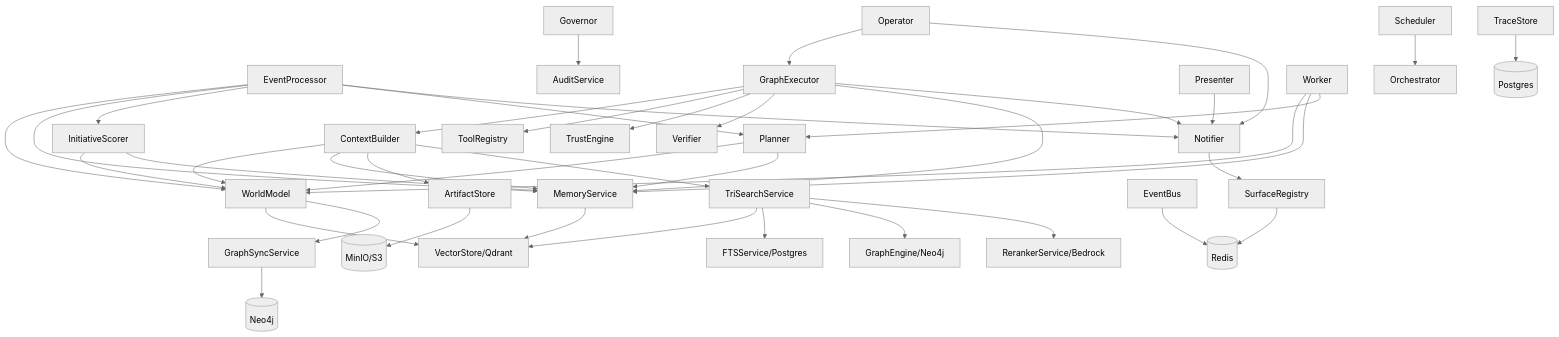
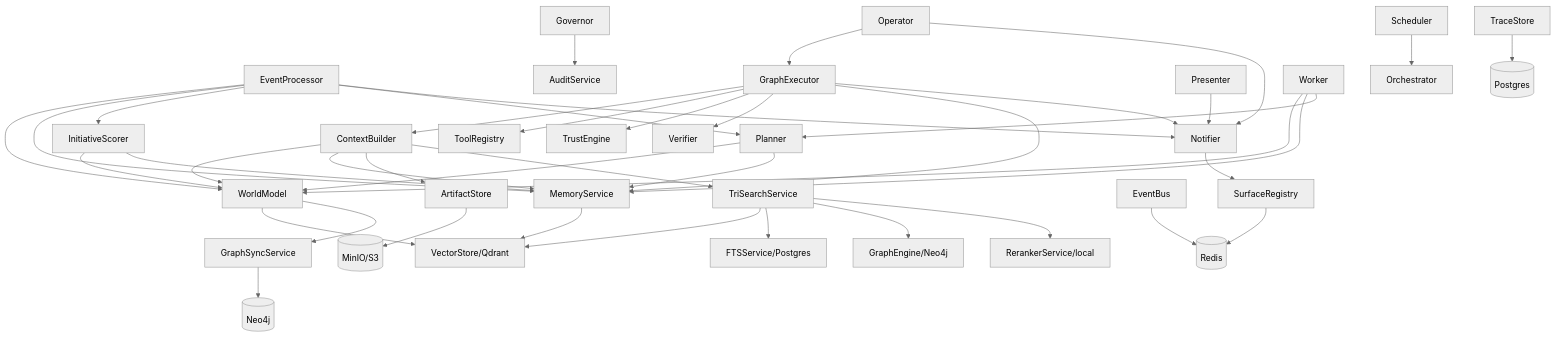
One commit to shivadharmi/muldro changed the diagram in docs/architecture/services.md. Above: the diagram before and after it, drawn with Mermaid (neutral theme). The commit also changed other lines of this file and 26 other files, not shown here.

````diff
--- a/docs/architecture/services.md
+++ b/docs/architecture/services.md
@@ -720,50 +720,50 @@
 ```mermaid
 graph TD
     EP[EventProcessor] --> WM[WorldModel]
     EP --> MS[MemoryService]
     EP --> IS[InitiativeScorer]
     EP --> PL[Planner]
     EP --> NT[Notifier]
 
     IS --> WM
     IS --> MS
     CB[ContextBuilder] --> WM
     CB --> MS
     CB --> AS[ArtifactStore]
     CB --> TS_SEARCH[TriSearchService]
 
     PL --> WM
     PL --> MS
 
     GOV[Governor] --> AUD[AuditService]
 
     OP[Operator] --> GE[GraphExecutor]
     OP --> NT
 
     GE --> CB
     GE --> TR[ToolRegistry]
     GE --> TE[TrustEngine]
     GE --> VER[Verifier]
     GE --> MS
     GE --> NT
 
     PR[Presenter] --> NT
 
     SCH[Scheduler] --> ORCH[Orchestrator]
     WK[Worker] --> WM
     WK --> MS
     WK --> PL
 
     TS_SEARCH --> VS[VectorStore/Qdrant]
     TS_SEARCH --> FTS[FTSService/Postgres]
     TS_SEARCH --> N4J_E[GraphEngine/Neo4j]
-    TS_SEARCH --> RR[RerankerService/Bedrock]
+    TS_SEARCH --> RR[RerankerService/local]
     WM --> VS
     WM --> GSS[GraphSyncService]
     MS --> VS
     GSS --> N4J[(Neo4j)]
     AS --> S3[(MinIO/S3)]
     TS[TraceStore] --> PG[(Postgres)]
     EB[EventBus] --> RD[(Redis)]
     NT --> SR[SurfaceRegistry] --> RD
 ```
````
